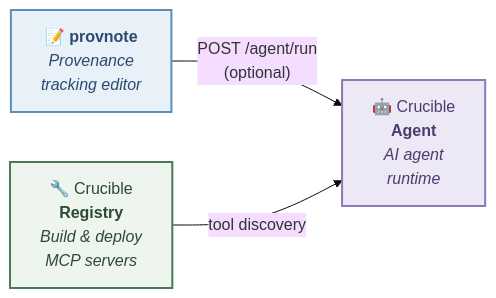
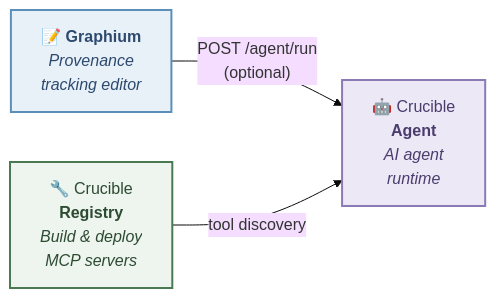
The diagram in README.md (kumagallium/provnote), drawn with Mermaid (base theme) before and after one commit. The commit also changed other lines of this file, not shown here.

First line of the commit message:
[docs] Rename provnote to Graphium across README

````diff
--- a/README.md
+++ b/README.md
@@ -136,13 +136,13 @@
 ```mermaid
 graph LR
-    provnote["📝 <b>provnote</b><br/><i>Provenance<br/>tracking editor</i>"]
+    Graphium["📝 <b>Graphium</b><br/><i>Provenance<br/>tracking editor</i>"]
     Agent["🤖 Crucible<br/><b>Agent</b><br/><i>AI agent<br/>runtime</i>"]
     Registry["🔧 Crucible<br/><b>Registry</b><br/><i>Build & deploy<br/>MCP servers</i>"]
 
-    provnote -- "POST /agent/run<br/>(optional)" --> Agent
+    Graphium -- "POST /agent/run<br/>(optional)" --> Agent
     Registry -- "tool discovery" --> Agent
 
-    style provnote fill:#e8f0f8,stroke:#5b8fb9,stroke-width:2px,color:#2d4a6e
+    style Graphium fill:#e8f0f8,stroke:#5b8fb9,stroke-width:2px,color:#2d4a6e
     style Agent fill:#ede8f5,stroke:#8b7ab5,stroke-width:2px,color:#4a3d6e
     style Registry fill:#edf5ee,stroke:#4B7A52,stroke-width:2px,color:#2d4a32
 ```
````
